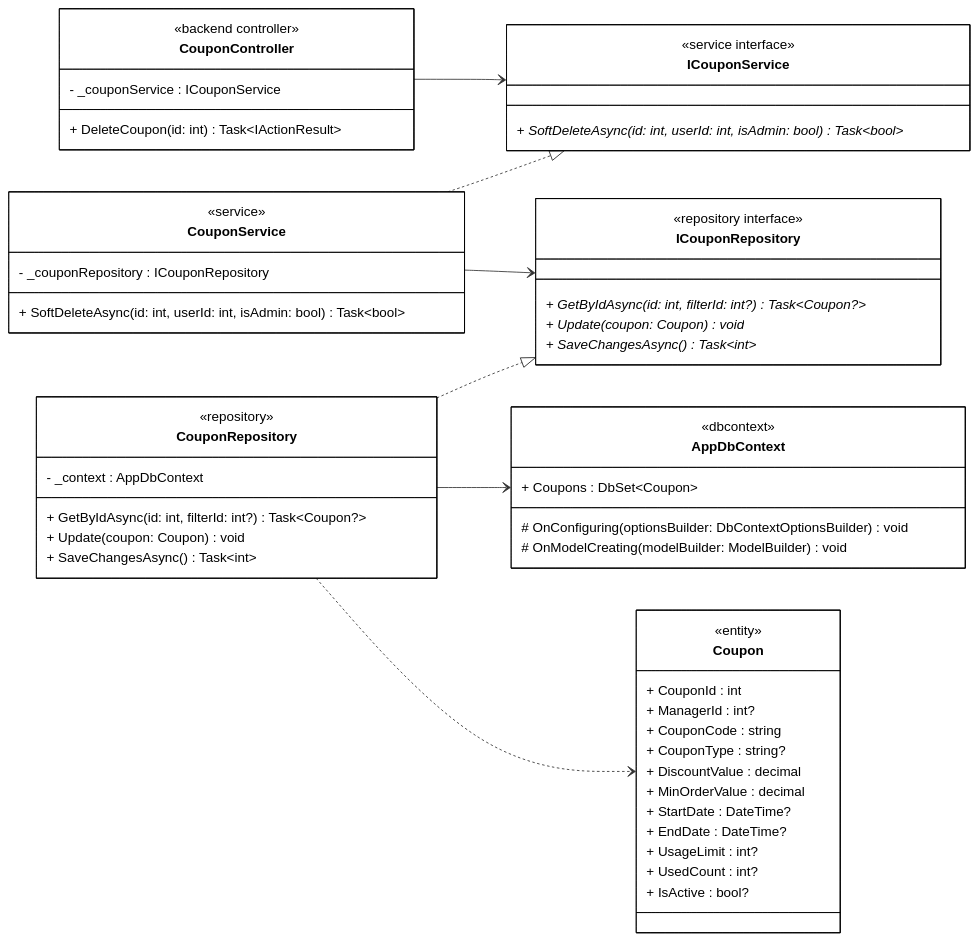
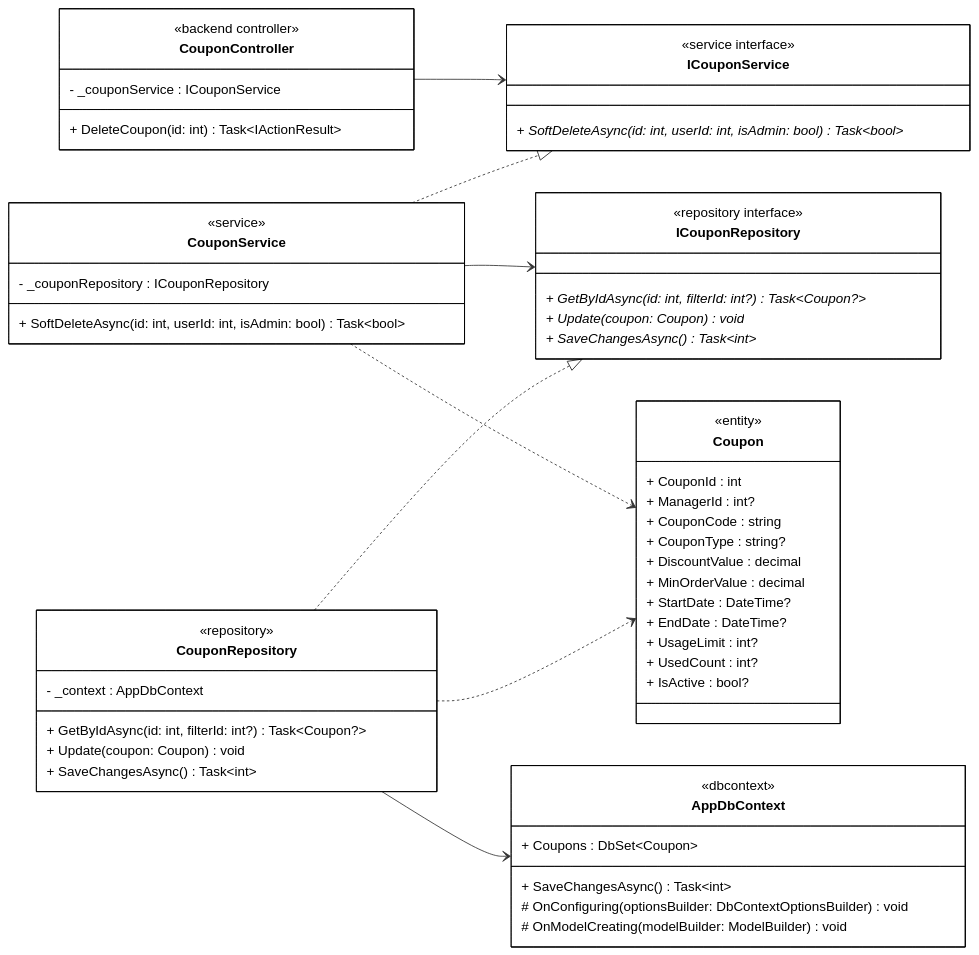
One commit to 1000do/Linked changed the diagram in diagrams/class_mermaid/manage_coupon/cls_mm_delete_coupon.mmd. Above: the diagram before and after it, drawn with Mermaid. The commit also changed 28 other files, not shown here.

Commit message:
fix class synced sequence

```diff
--- a/diagrams/class_mermaid/manage_coupon/cls_mm_delete_coupon.mmd
+++ b/diagrams/class_mermaid/manage_coupon/cls_mm_delete_coupon.mmd
@@ -1,90 +1,92 @@
 classDiagram
 direction LR
 
 %% ==================== BACKEND - CONTROLLER ====================
 
 class CouponController {
     <<backend controller>>
     - _couponService : ICouponService
     
     + DeleteCoupon(id: int) Task~IActionResult~
 }
 
 %% ==================== BACKEND - DOMAIN ENTITIES ====================
 
 class Coupon {
     <<entity>>
     + CouponId : int
     + ManagerId : int?
     + CouponCode : string
     + CouponType : string?
     + DiscountValue : decimal
     + MinOrderValue : decimal
     + StartDate : DateTime?
     + EndDate : DateTime?
     + UsageLimit : int?
     + UsedCount : int?
     + IsActive : bool?
 }
 
 %% ==================== BACKEND - SERVICE INTERFACES ====================
 
 class ICouponService {
     <<service interface>>
     + SoftDeleteAsync(id: int, userId: int, isAdmin: bool) Task~bool~ *
 }
 
 class ICouponRepository {
     <<repository interface>>
     + GetByIdAsync(id: int, filterId: int?) Task~Coupon?~ *
     + Update(coupon: Coupon) void *
     + SaveChangesAsync() Task~int~ *
 }
 
 %% ==================== BACKEND - SERVICE IMPLEMENTATION ====================
 
 class CouponService {
     <<service>>
     - _couponRepository : ICouponRepository
     
     + SoftDeleteAsync(id: int, userId: int, isAdmin: bool) Task~bool~
 }
 
 %% ==================== BACKEND - REPOSITORY IMPLEMENTATION ====================
 
 class CouponRepository {
     <<repository>>
     - _context : AppDbContext
     
     + GetByIdAsync(id: int, filterId: int?) Task~Coupon?~
     + Update(coupon: Coupon) void
     + SaveChangesAsync() Task~int~
 }
 
 %% ==================== BACKEND - DbContext ====================
 
 class AppDbContext {
     <<dbcontext>>
     + Coupons : DbSet~Coupon~
     
+    + SaveChangesAsync() Task~int~
     # OnConfiguring(optionsBuilder: DbContextOptionsBuilder) void
     # OnModelCreating(modelBuilder: ModelBuilder) void
 }
 
 %% ==================== RELATIONSHIPS ====================
 
 %% === UNIDIRECTIONAL ASSOCIATION (solid arrow) ===
 CouponController --> ICouponService
 CouponService --> ICouponRepository
 CouponRepository --> AppDbContext
 
 %% === INTERFACE REALIZATION ===
 CouponService ..|> ICouponService
 CouponRepository ..|> ICouponRepository
 
 %% === DEPENDENCY (dashed arrows) ===
+CouponService ..> Coupon
 CouponRepository ..> Coupon
 
 %% ==================== STYLES ====================
 
 classDef default fill:#FFFFFF,stroke:#000000,stroke-width:1px,color:#000000
```
